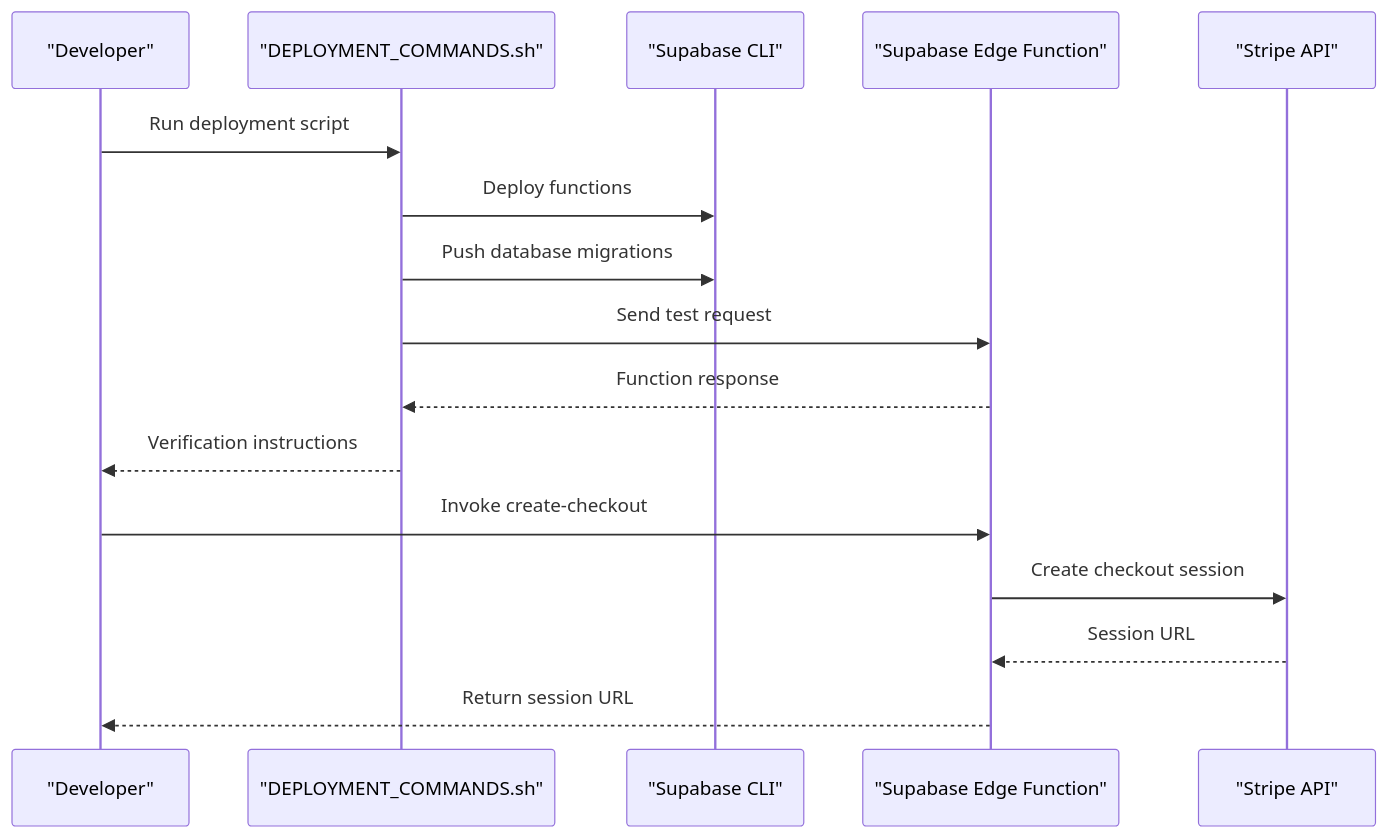
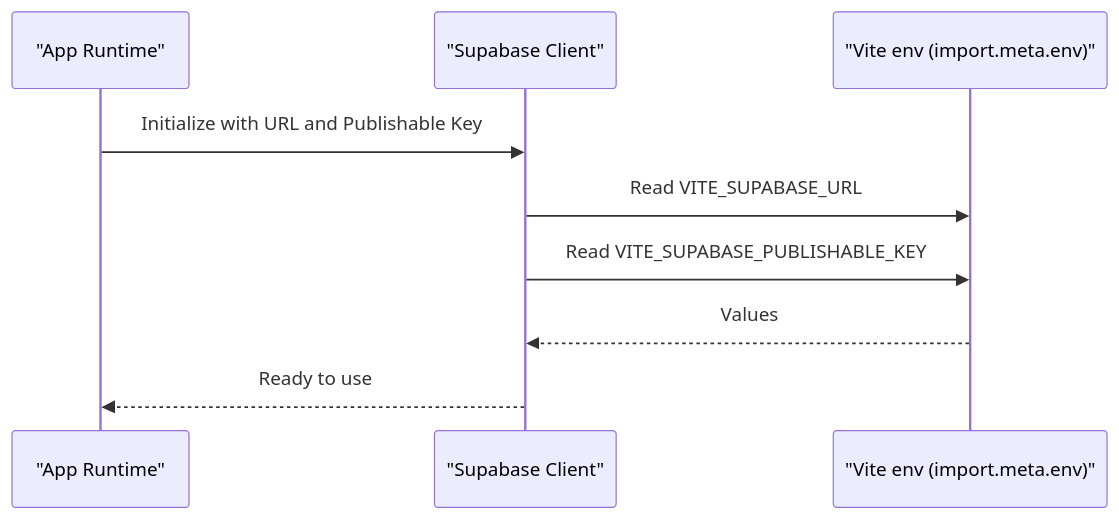
The fourth of 8 diagrams in .qoder/repowiki/en/content/Deployment & DevOps.md (Sebu750/adorzia-studio), drawn with Mermaid before and after one commit. The commit also changed other lines of this file and 327 other files, not shown here.

````diff
--- a/.qoder/repowiki/en/content/Deployment & DevOps.md
+++ b/.qoder/repowiki/en/content/Deployment & DevOps.md
@@ -191,18 +156,11 @@
 ```mermaid
 sequenceDiagram
-participant Dev as "Developer"
-participant Script as "DEPLOYMENT_COMMANDS.sh"
-participant SupabaseCLI as "Supabase CLI"
-participant Func as "Supabase Edge Function"
-participant Stripe as "Stripe API"
-Dev->>Script : Run deployment script
-Script->>SupabaseCLI : Deploy functions
-Script->>SupabaseCLI : Push database migrations
-Script->>Func : Send test request
-Func-->>Script : Function response
-Script-->>Dev : Verification instructions
-Dev->>Func : Invoke create-checkout
-Func->>Stripe : Create checkout session
-Stripe-->>Func : Session URL
-Func-->>Dev : Return session URL
+participant App as "App Runtime"
+participant Client as "Supabase Client"
+participant Env as "Vite env (import.meta.env)"
+App->>Client : Initialize with URL and Publishable Key
+Client->>Env : Read VITE_SUPABASE_URL
+Client->>Env : Read VITE_SUPABASE_PUBLISHABLE_KEY
+Env-->>Client : Values
+Client-->>App : Ready to use
 ```
````
